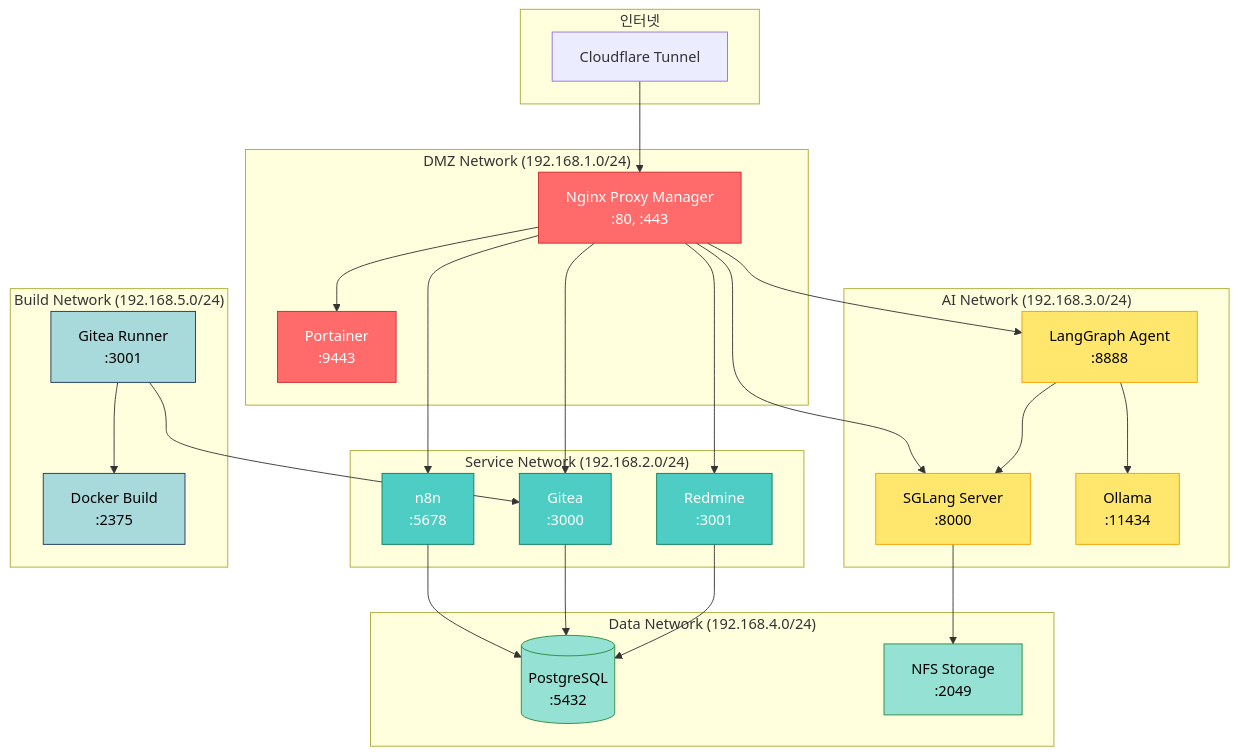
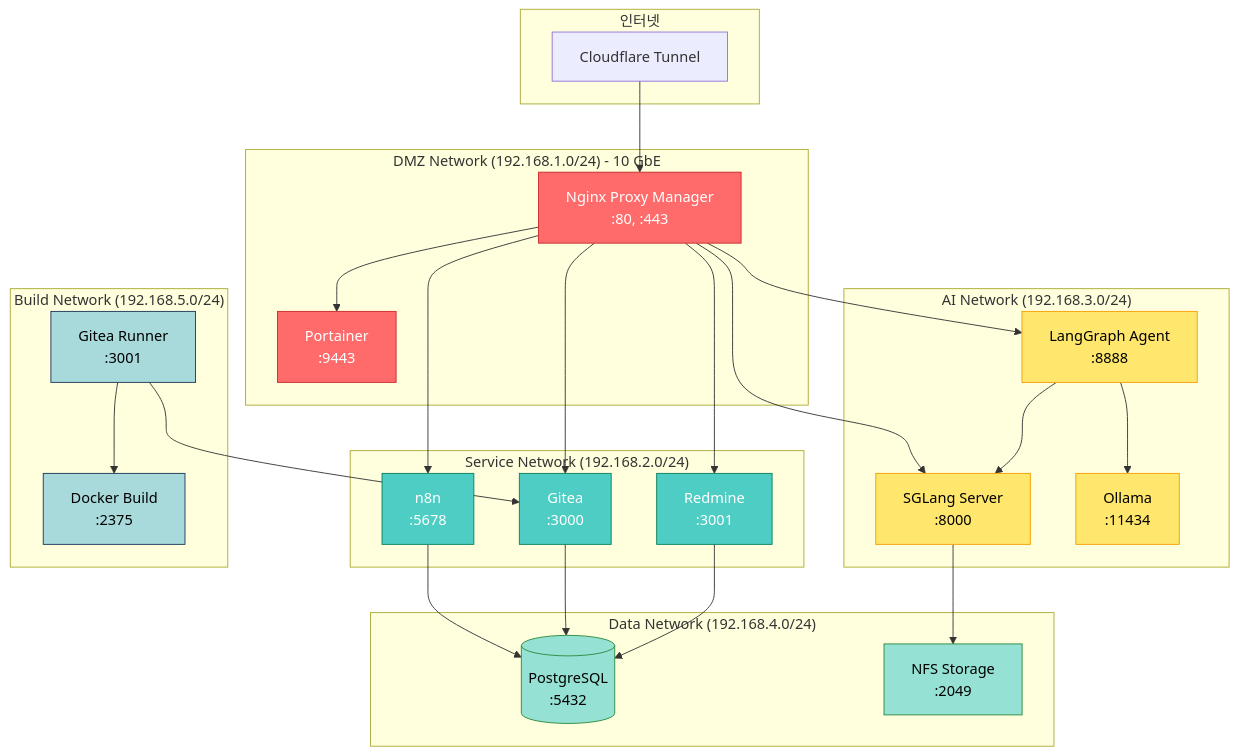
The third of 5 diagrams in .moai/project/infrastructure-plan.md (holee9/vibe-coding-mcp), drawn with Mermaid before and after one commit. The commit also changed other lines of this file, not shown here.

````diff
--- a/.moai/project/infrastructure-plan.md
+++ b/.moai/project/infrastructure-plan.md
@@ -131,64 +145,64 @@
 ```mermaid
 flowchart TD
     subgraph Internet["인터넷"]
         CF[Cloudflare Tunnel]
     end
 
-    subgraph DMZ["DMZ Network (192.168.1.0/24)"]
+    subgraph DMZ["DMZ Network (192.168.1.0/24) - 10 GbE"]
         NGINX[Nginx Proxy Manager<br/>:80, :443]
         PORTAINER[Portainer<br/>:9443]
     end
 
     subgraph Service["Service Network (192.168.2.0/24)"]
         N8N[n8n<br/>:5678]
         GITEA[Gitea<br/>:3000]
         REDMINE[Redmine<br/>:3001]
     end
 
     subgraph AI["AI Network (192.168.3.0/24)"]
         SGLANG[SGLang Server<br/>:8000]
         OLLAMA[Ollama<br/>:11434]
         LANGGRAPH[LangGraph Agent<br/>:8888]
     end
 
     subgraph Data["Data Network (192.168.4.0/24)"]
         POSTGRES[(PostgreSQL<br/>:5432)]
         NFS[NFS Storage<br/>:2049]
     end
 
     subgraph Build["Build Network (192.168.5.0/24)"]
         RUNNER[Gitea Runner<br/>:3001]
         DOCKER[Docker Build<br/>:2375]
     end
 
     CF --> NGINX
     NGINX --> PORTAINER
     NGINX --> N8N
     NGINX --> GITEA
     NGINX --> REDMINE
     NGINX --> SGLANG
     NGINX --> LANGGRAPH
 
     N8N --> POSTGRES
     GITEA --> POSTGRES
     REDMINE --> POSTGRES
 
     SGLANG --> NFS
     LANGGRAPH --> SGLANG
     LANGGRAPH --> OLLAMA
 
     RUNNER --> GITEA
     RUNNER --> DOCKER
 
     classDef dmz fill:#ff6b6b,stroke:#c92a2a,color:#fff
     classDef service fill:#4ecdc4,stroke:#087f5b,color:#fff
     classDef ai fill:#ffe66d,stroke:#f59f00,color:#000
     classDef data fill:#95e1d3,stroke:#2b8a3e,color:#000
     classDef build fill:#a8dadc,stroke:#1d3557,color:#000
 
     class NGINX,PORTAINER dmz
     class N8N,GITEA,REDMINE service
     class SGLANG,OLLAMA,LANGGRAPH ai
     class POSTGRES,NFS data
     class RUNNER,DOCKER build
 ```
````
